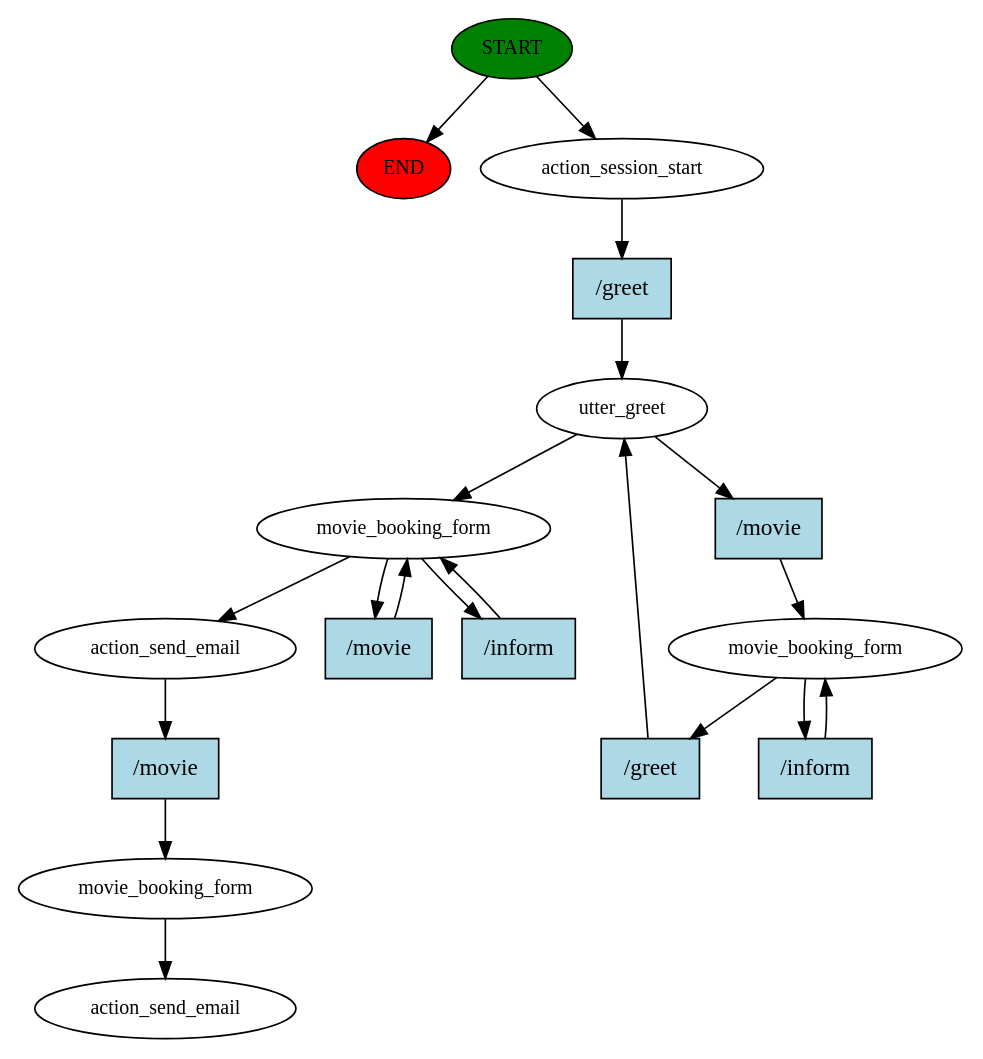
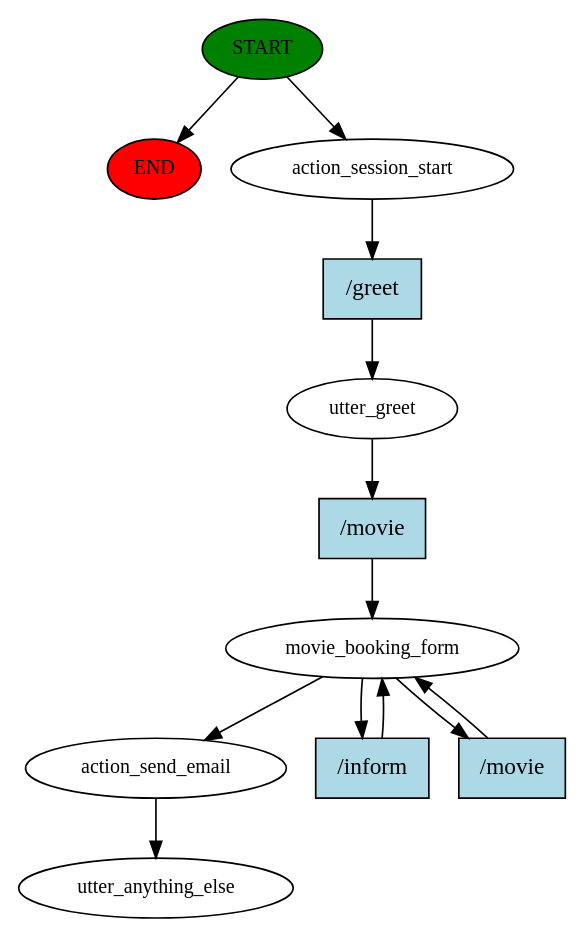
Before and after one commit to abhijitdeshpande83/GenAI: the diagram in SupportIQ/rasa/story_graph.dot, drawn with Graphviz. The commit also changed 4 other files, not shown here.

Commit message:
feat: enable movie and theater lookup based on ZIP code and selection - Fetch movies playing near the user’s provided ZIP code - Display list of theaters for a selected movie in that location - Integrated with Rasa form flow for seamless interaction

```diff
--- a/SupportIQ/rasa/story_graph.dot
+++ b/SupportIQ/rasa/story_graph.dot
@@ -1,37 +1,25 @@
 digraph  {
 0 [class="start active", fillcolor=green, fontsize=12, label=START, style=filled];
 "-1" [class=end, fillcolor=red, fontsize=12, label=END, style=filled];
 1 [class=active, fontsize=12, label=action_session_start];
 2 [class=active, fontsize=12, label=utter_greet];
 3 [class=active, fontsize=12, label=movie_booking_form];
-6 [class=active, fontsize=12, label=movie_booking_form];
-15 [class=active, fontsize=12, label=action_send_email];
-16 [class=active, fontsize=12, label=movie_booking_form];
-17 [class="dashed active", fontsize=12, label=action_send_email];
-18 [class="intent active", fillcolor=lightblue, label="/greet", shape=rect, style=filled];
-19 [class="intent active", fillcolor=lightblue, label="/movie", shape=rect, style=filled];
-20 [class="intent active", fillcolor=lightblue, label="/greet", shape=rect, style=filled];
-21 [class="intent active", fillcolor=lightblue, label="/inform", shape=rect, style=filled];
-22 [class="intent active", fillcolor=lightblue, label="/movie", shape=rect, style=filled];
-23 [class="intent active", fillcolor=lightblue, label="/inform", shape=rect, style=filled];
-24 [class="intent active", fillcolor=lightblue, label="/movie", shape=rect, style=filled];
+9 [class=active, fontsize=12, label=action_send_email];
+10 [class="dashed active", fontsize=12, label=utter_anything_else];
+11 [class="intent active", fillcolor=lightblue, label="/greet", shape=rect, style=filled];
+12 [class="intent active", fillcolor=lightblue, label="/movie", shape=rect, style=filled];
+13 [class="intent active", fillcolor=lightblue, label="/inform", shape=rect, style=filled];
+14 [class="intent active", fillcolor=lightblue, label="/movie", shape=rect, style=filled];
 0 -> "-1"  [class="", key=NONE, label=""];
 0 -> 1  [class=active, key=NONE, label=""];
-1 -> 18  [class=active, key=0];
-2 -> 6  [class=active, key=NONE, label=""];
-2 -> 19  [class=active, key=0];
-3 -> 20  [class=active, key=0];
-3 -> 21  [class=active, key=0];
-6 -> 15  [class=active, key=NONE, label=""];
-6 -> 22  [class=active, key=0];
-6 -> 23  [class=active, key=0];
-15 -> 24  [class=active, key=0];
-16 -> 17  [class=active, key=NONE, label=""];
-18 -> 2  [class=active, key=0];
-19 -> 3  [class=active, key=0];
-20 -> 2  [class=active, key=0];
-21 -> 3  [class=active, key=0];
-22 -> 6  [class=active, key=0];
-23 -> 6  [class=active, key=0];
-24 -> 16  [class=active, key=0];
+1 -> 11  [class=active, key=0];
+2 -> 12  [class=active, key=0];
+3 -> 9  [class=active, key=NONE, label=""];
+3 -> 13  [class=active, key=0];
+3 -> 14  [class=active, key=0];
+9 -> 10  [class=active, key=NONE, label=""];
+11 -> 2  [class=active, key=0];
+12 -> 3  [class=active, key=0];
+13 -> 3  [class=active, key=0];
+14 -> 3  [class=active, key=0];
 }
```
